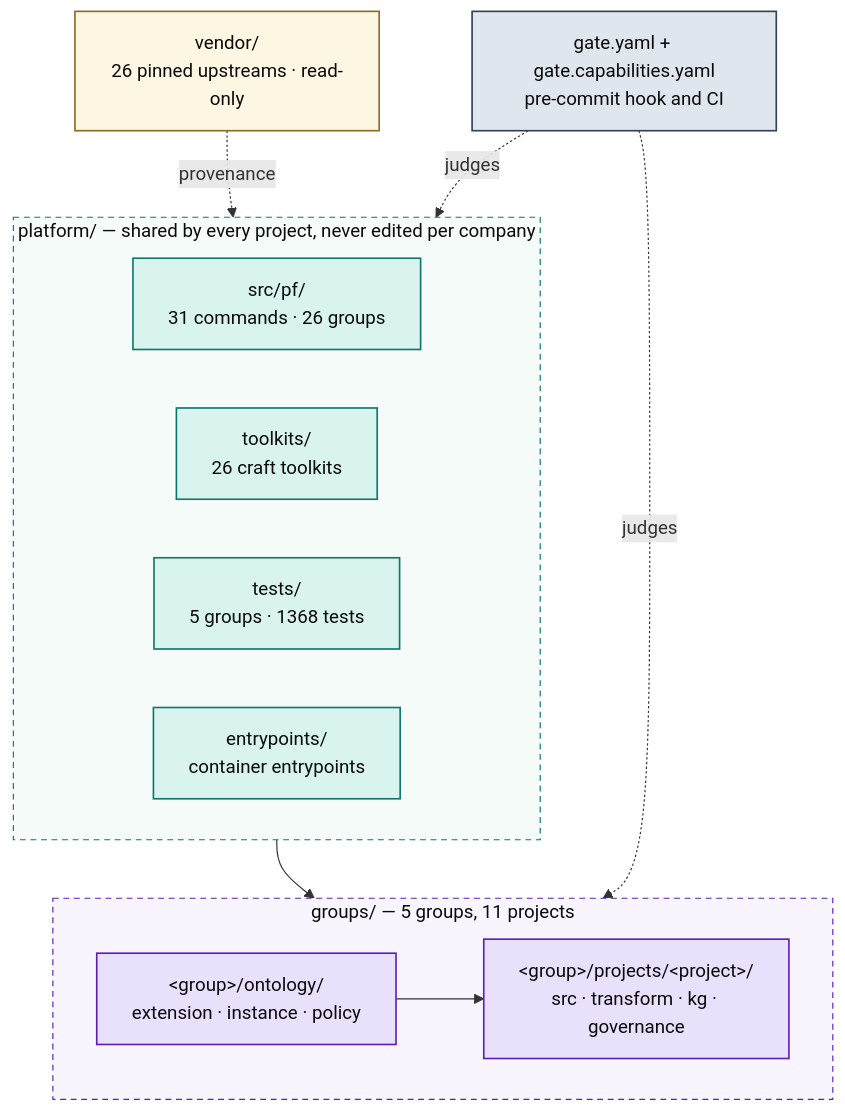
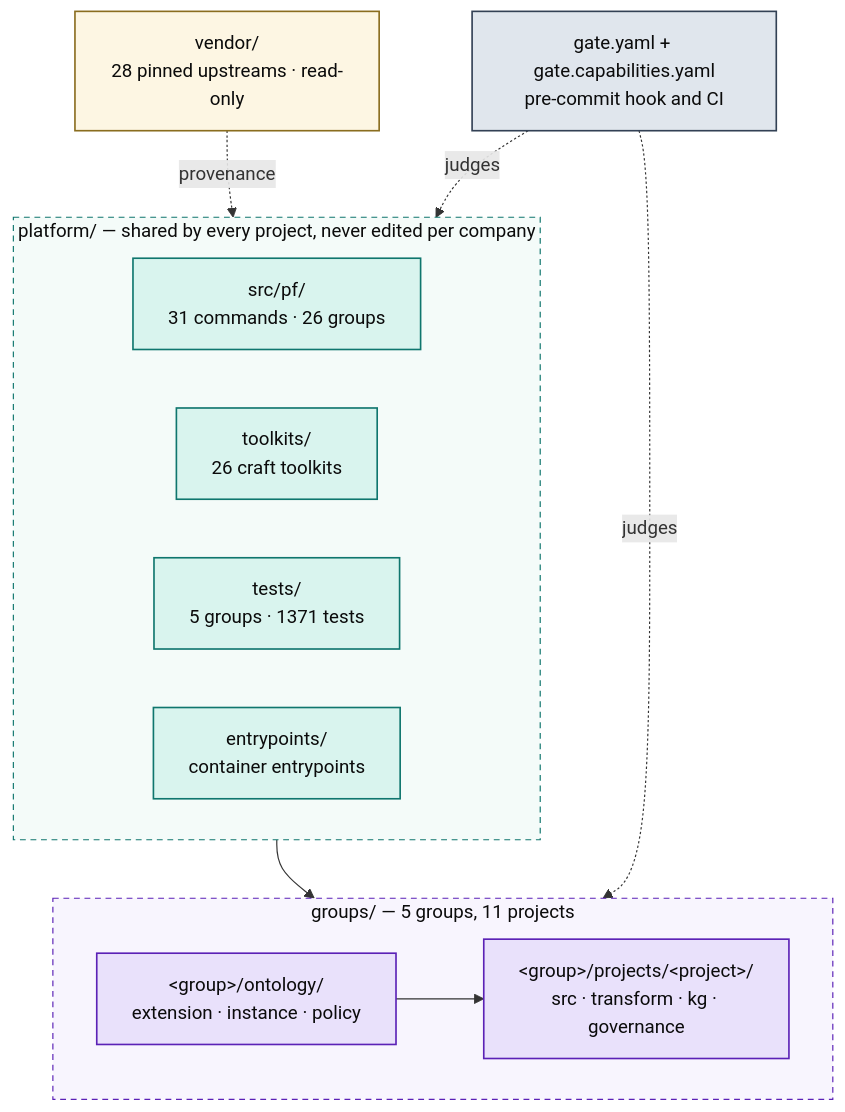
The first of 5 diagrams in docs/ARCHITECTURE.md (Atomz-org/data-platform), drawn with Mermaid before and after one commit. The commit also changed other lines of this file and 9 other files, not shown here.

````diff
--- a/docs/ARCHITECTURE.md
+++ b/docs/ARCHITECTURE.md
@@ -15,36 +15,36 @@
 ```mermaid
 flowchart TB
   subgraph SHARED["platform/ — shared by every project, never edited per company"]
     direction LR
     ENG["src/pf/<br/>31 commands · 26 groups"]
     TK["toolkits/<br/>26 craft toolkits"]
-    TST["tests/<br/>5 groups · 1368 tests"]
+    TST["tests/<br/>5 groups · 1371 tests"]
     ENT["entrypoints/<br/>container entrypoints"]
   end
 
   subgraph ENTITIES["groups/ — 5 groups, 11 projects"]
     direction LR
     GRP["&lt;group&gt;/ontology/<br/>extension · instance · policy"]
     PRJ["&lt;group&gt;/projects/&lt;project&gt;/<br/>src · transform · kg · governance"]
     GRP --> PRJ
   end
 
-  VEN["vendor/<br/>26 pinned upstreams · read-only"]
+  VEN["vendor/<br/>28 pinned upstreams · read-only"]
   GATE["gate.yaml + gate.capabilities.yaml<br/>pre-commit hook and CI"]
 
   SHARED --> ENTITIES
   VEN -.provenance.-> SHARED
   GATE -.judges.-> ENTITIES
   GATE -.judges.-> SHARED
 
   classDef code fill:#d9f4ee,stroke:#0f766e,stroke-width:1.4px,color:#0b0b0b
   classDef data fill:#e9e1fb,stroke:#5b21b6,stroke-width:1.4px,color:#0b0b0b
   classDef gov fill:#e0e6ed,stroke:#334155,stroke-width:1.4px,color:#0b0b0b
   classDef ext fill:#fdf6e3,stroke:#8a6d1f,stroke-width:1.4px,color:#0b0b0b
   class ENG,TK,TST,ENT code
   class GRP,PRJ data
   class GATE gov
   class VEN ext
   style SHARED fill:#f4fbf9,stroke:#0f766e,stroke-dasharray:5 4,color:#0b0b0b
   style ENTITIES fill:#f8f5fe,stroke:#5b21b6,stroke-dasharray:5 4,color:#0b0b0b
 ```
````
